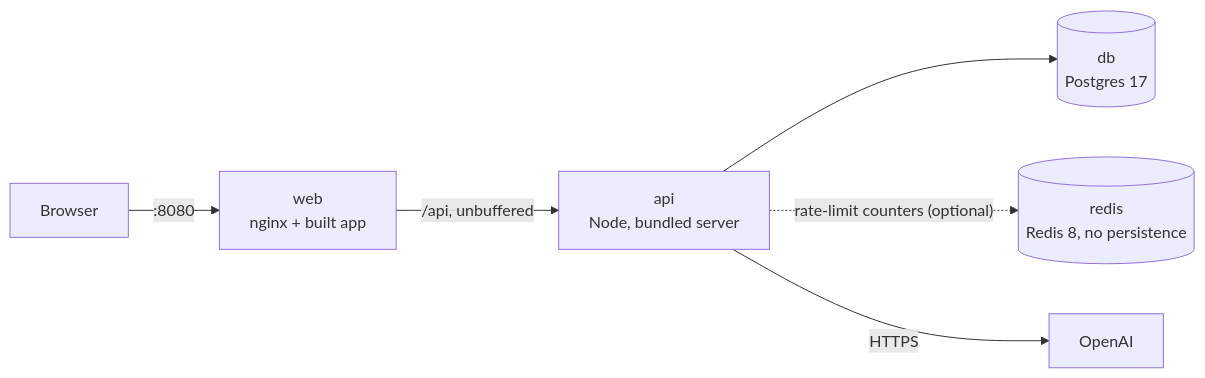
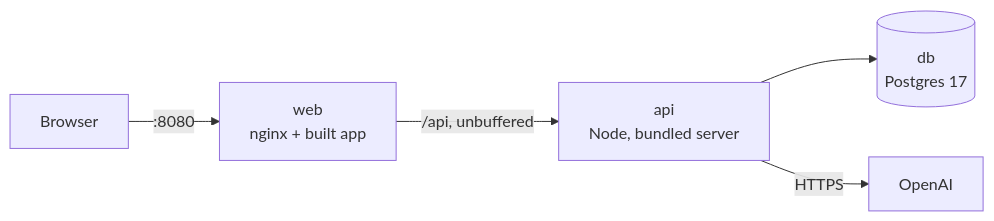
One commit to daniel-citrus/genui-prototype changed the third of 3 diagrams in docs/ARCHITECTURE.md. Above: the diagram before and after it, drawn with Mermaid. The commit also changed other lines of this file and 16 other files, not shown here.

First line of the commit message:
Remove Redis and count rate limits in process memory

````diff
--- a/docs/ARCHITECTURE.md
+++ b/docs/ARCHITECTURE.md
@@ -241,8 +239,7 @@
 ```mermaid
 flowchart LR
   User["Browser"] -- ":8080" --> Web["web<br/>nginx + built app"]
   Web -- "/api, unbuffered" --> Api["api<br/>Node, bundled server"]
   Api --> Db[("db<br/>Postgres 17")]
-  Api -. "rate-limit counters (optional)" .-> Redis[("redis<br/>Redis 8, no persistence")]
   Api -- "HTTPS" --> OpenAI["OpenAI"]
 ```
````
